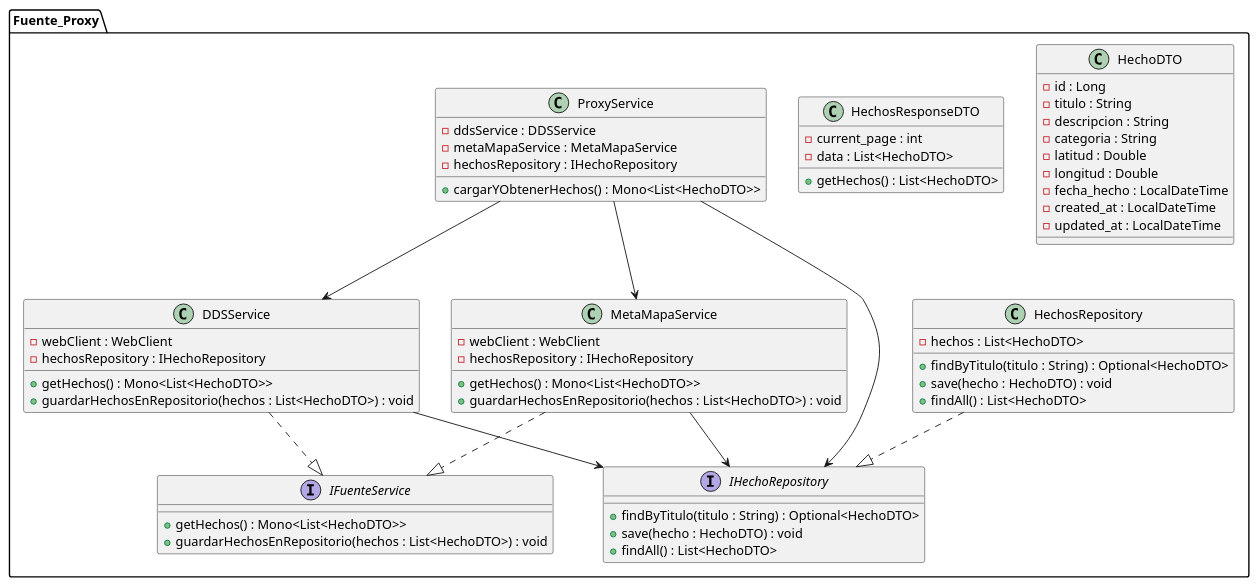
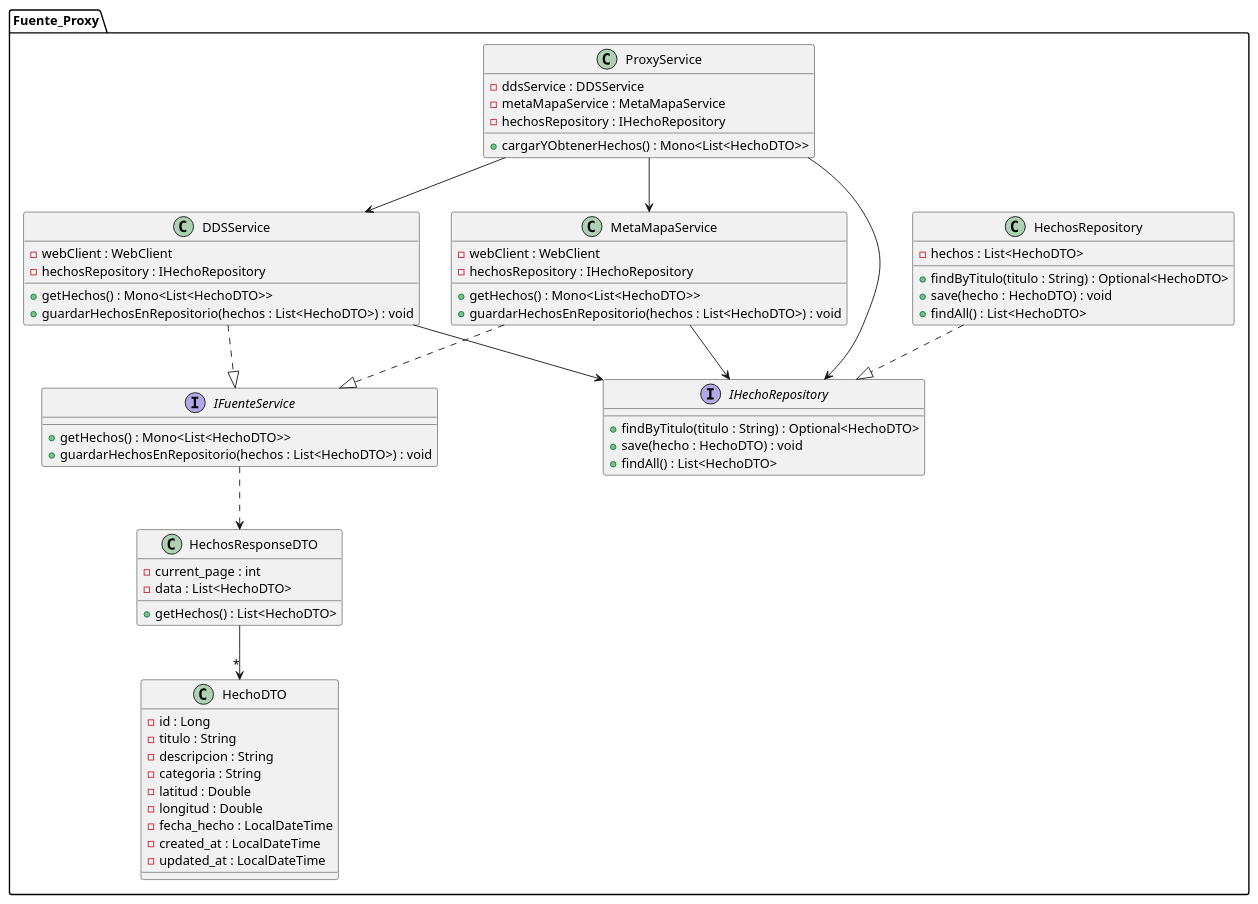
The diagram in diagrams/DC_E3_F-Proxy.puml (nicofernandez17/backend-arquitectura-limpia), drawn with PlantUML before and after one commit. The commit also changed 3 other files, not shown here.

Commit message:
Detalles diagramas

```diff
--- a/diagrams/DC_E3_F-Proxy.puml
+++ b/diagrams/DC_E3_F-Proxy.puml
@@ -1,72 +1,74 @@
 @startuml
 
 package Fuente_Proxy {
 
 class HechoDTO {
   - id : Long
   - titulo : String
   - descripcion : String
   - categoria : String
   - latitud : Double
   - longitud : Double
   - fecha_hecho : LocalDateTime
   - created_at : LocalDateTime
   - updated_at : LocalDateTime
 }
 
 class HechosResponseDTO {
   - current_page : int
   - data : List<HechoDTO>
   + getHechos() : List<HechoDTO>
 }
 
 class HechosRepository {
   - hechos : List<HechoDTO>
   + findByTitulo(titulo : String) : Optional<HechoDTO>
   + save(hecho : HechoDTO) : void
   + findAll() : List<HechoDTO>
 }
 
 interface IHechoRepository {
   + findByTitulo(titulo : String) : Optional<HechoDTO>
   + save(hecho : HechoDTO) : void
   + findAll() : List<HechoDTO>
 }
 
 class DDSService {
   - webClient : WebClient
   - hechosRepository : IHechoRepository
   + getHechos() : Mono<List<HechoDTO>>
   + guardarHechosEnRepositorio(hechos : List<HechoDTO>) : void
 }
 
 class MetaMapaService {
   - webClient : WebClient
   - hechosRepository : IHechoRepository
   + getHechos() : Mono<List<HechoDTO>>
   + guardarHechosEnRepositorio(hechos : List<HechoDTO>) : void
 }
 
 class ProxyService {
   - ddsService : DDSService
   - metaMapaService : MetaMapaService
   - hechosRepository : IHechoRepository
   + cargarYObtenerHechos() : Mono<List<HechoDTO>>
 }
 
 DDSService ..|> IFuenteService
 MetaMapaService ..|> IFuenteService
 HechosRepository ..|> IHechoRepository
 ProxyService --> DDSService
 ProxyService --> MetaMapaService
 ProxyService --> IHechoRepository
 DDSService --> IHechoRepository
 MetaMapaService --> IHechoRepository
+IFuenteService ..> HechosResponseDTO
+HechosResponseDTO  --> "*" HechoDTO
 
 interface IFuenteService {
   + getHechos() : Mono<List<HechoDTO>>
   + guardarHechosEnRepositorio(hechos : List<HechoDTO>) : void
 }
 
 }
 @enduml
```
